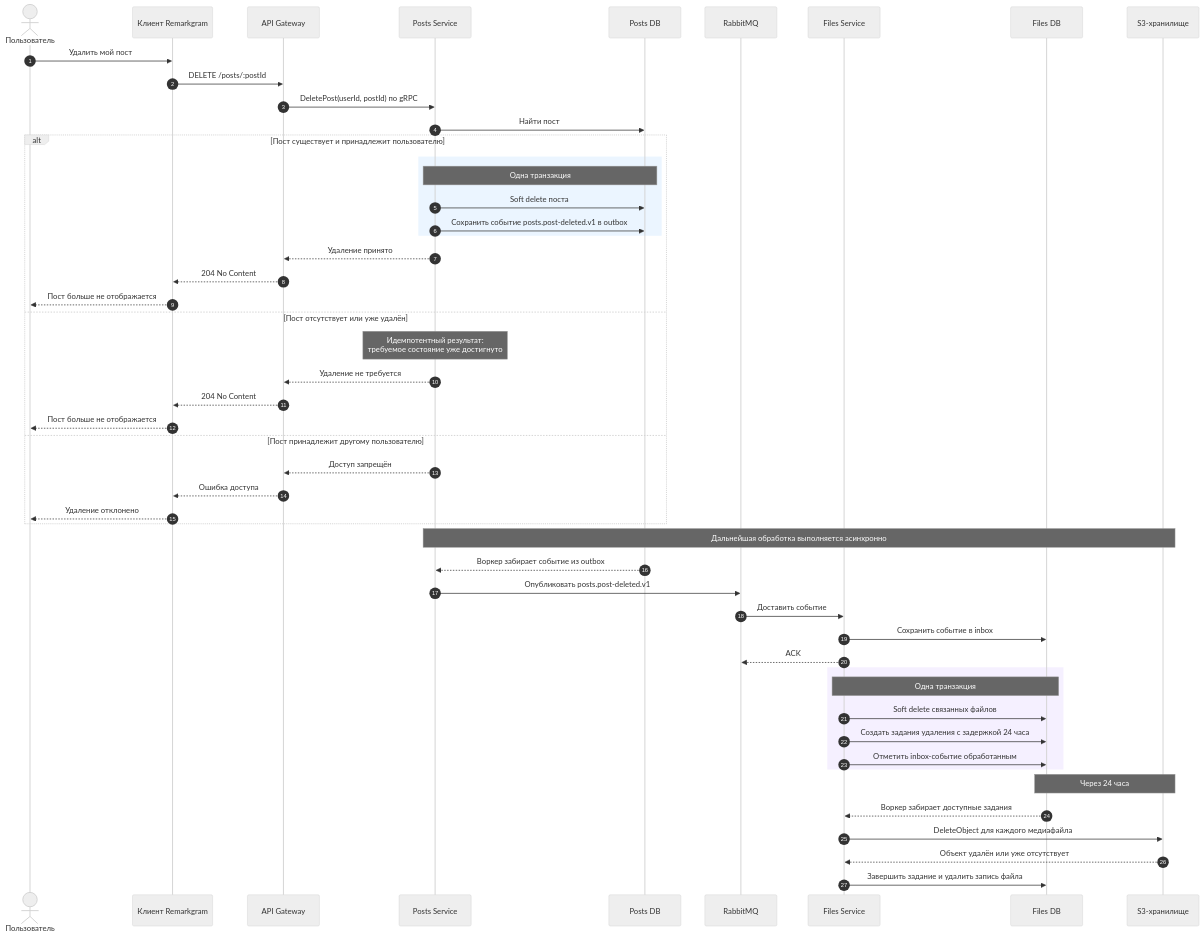
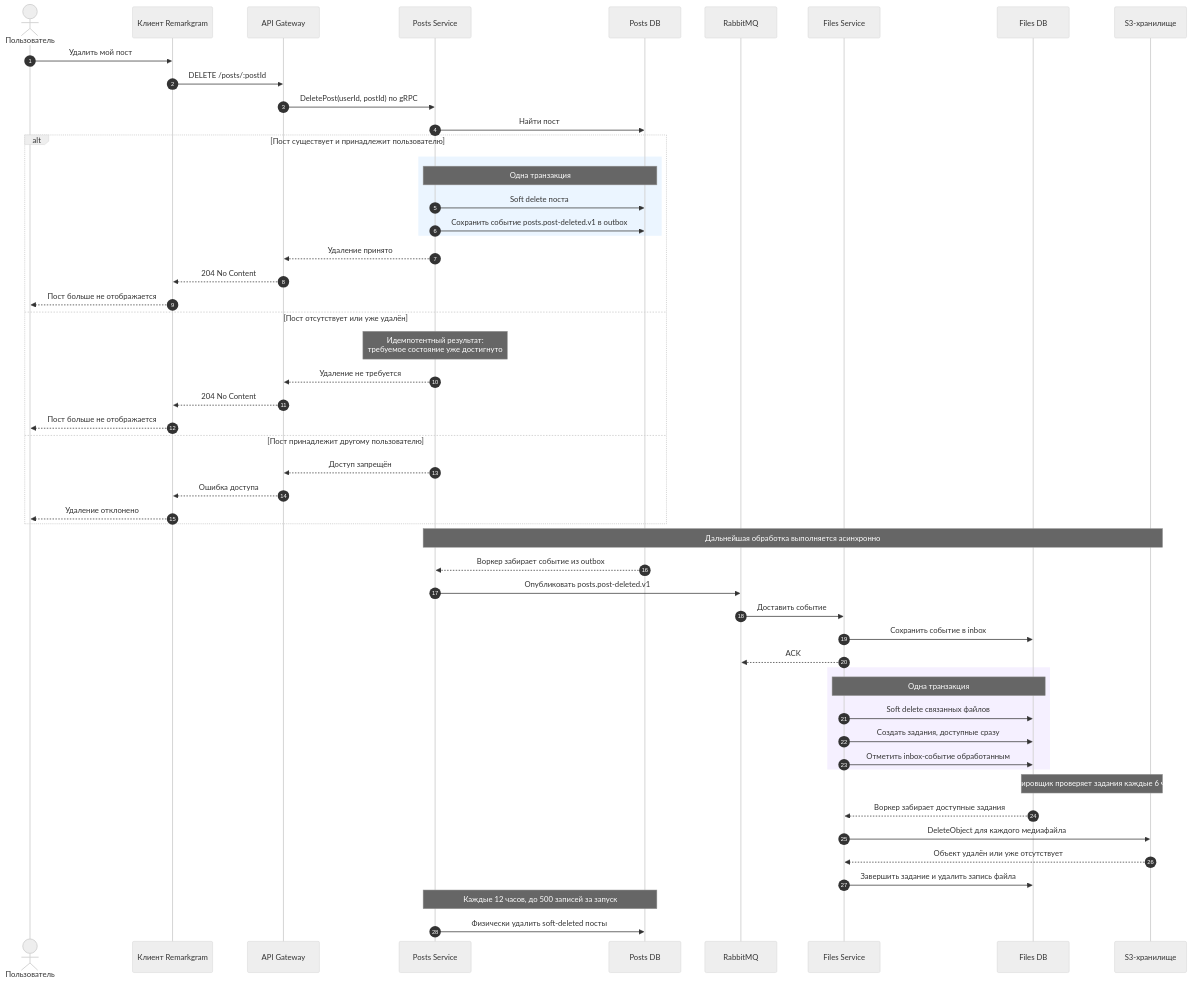
The diagram in docs/post-deletion/architecture/sequences/post-deletion.md (Inctargam/remarkgram-backend), drawn with Mermaid (neutral theme) before and after one commit. The commit also changed other lines of this file and 28 other files, not shown here.

````diff
--- a/docs/post-deletion/architecture/sequences/post-deletion.md
+++ b/docs/post-deletion/architecture/sequences/post-deletion.md
@@ -6,58 +6,61 @@
 ```mermaid
 sequenceDiagram
     autonumber
     actor User as Пользователь
     participant Клиент as Клиент Remarkgram
     participant Gateway as API Gateway
     participant Posts as Posts Service
     participant PostsDB as Posts DB
     participant Broker as RabbitMQ
     participant Files as Files Service
     participant FilesDB as Files DB
     participant Storage as S3-хранилище
 
     User->>Клиент: Удалить мой пост
     Клиент->>Gateway: DELETE /posts/:postId
     Gateway->>Posts: DeletePost(userId, postId) по gRPC
     Posts->>PostsDB: Найти пост
 
     alt Пост существует и принадлежит пользователю
         rect rgb(235, 245, 255)
             Note over Posts,PostsDB: Одна транзакция
             Posts->>PostsDB: Soft delete поста
             Posts->>PostsDB: Сохранить событие posts.post-deleted.v1 в outbox
         end
         Posts-->>Gateway: Удаление принято
         Gateway-->>Клиент: 204 No Content
         Клиент-->>User: Пост больше не отображается
     else Пост отсутствует или уже удалён
         Note over Posts: Идемпотентный результат:<br/>требуемое состояние уже достигнуто
         Posts-->>Gateway: Удаление не требуется
         Gateway-->>Клиент: 204 No Content
         Клиент-->>User: Пост больше не отображается
     else Пост принадлежит другому пользователю
         Posts-->>Gateway: Доступ запрещён
         Gateway-->>Клиент: Ошибка доступа
         Клиент-->>User: Удаление отклонено
     end
 
     Note over Posts,Storage: Дальнейшая обработка выполняется асинхронно
     PostsDB-->>Posts: Воркер забирает событие из outbox
     Posts->>Broker: Опубликовать posts.post-deleted.v1
     Broker->>Files: Доставить событие
     Files->>FilesDB: Сохранить событие в inbox
     Files-->>Broker: ACK
 
     rect rgb(245, 240, 255)
         Note over Files,FilesDB: Одна транзакция
         Files->>FilesDB: Soft delete связанных файлов
-        Files->>FilesDB: Создать задания удаления с задержкой 24 часа
+        Files->>FilesDB: Создать задания, доступные сразу
         Files->>FilesDB: Отметить inbox-событие обработанным
     end
 
-    Note over FilesDB,Storage: Через 24 часа
+    Note over FilesDB,Storage: Планировщик проверяет задания каждые 6 часов
     FilesDB-->>Files: Воркер забирает доступные задания
     Files->>Storage: DeleteObject для каждого медиафайла
     Storage-->>Files: Объект удалён или уже отсутствует
     Files->>FilesDB: Завершить задание и удалить запись файла
+
+    Note over Posts,PostsDB: Каждые 12 часов, до 500 записей за запуск
+    Posts->>PostsDB: Физически удалить soft-deleted посты
 ```
````
